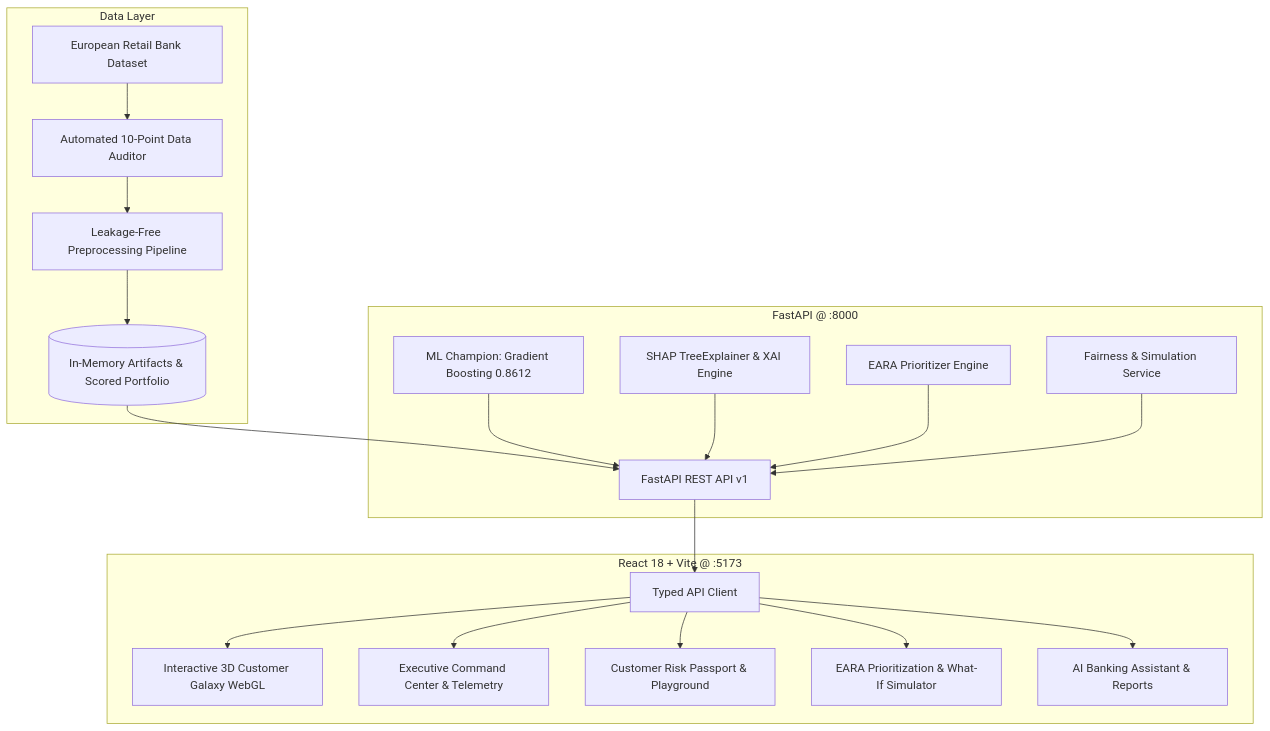
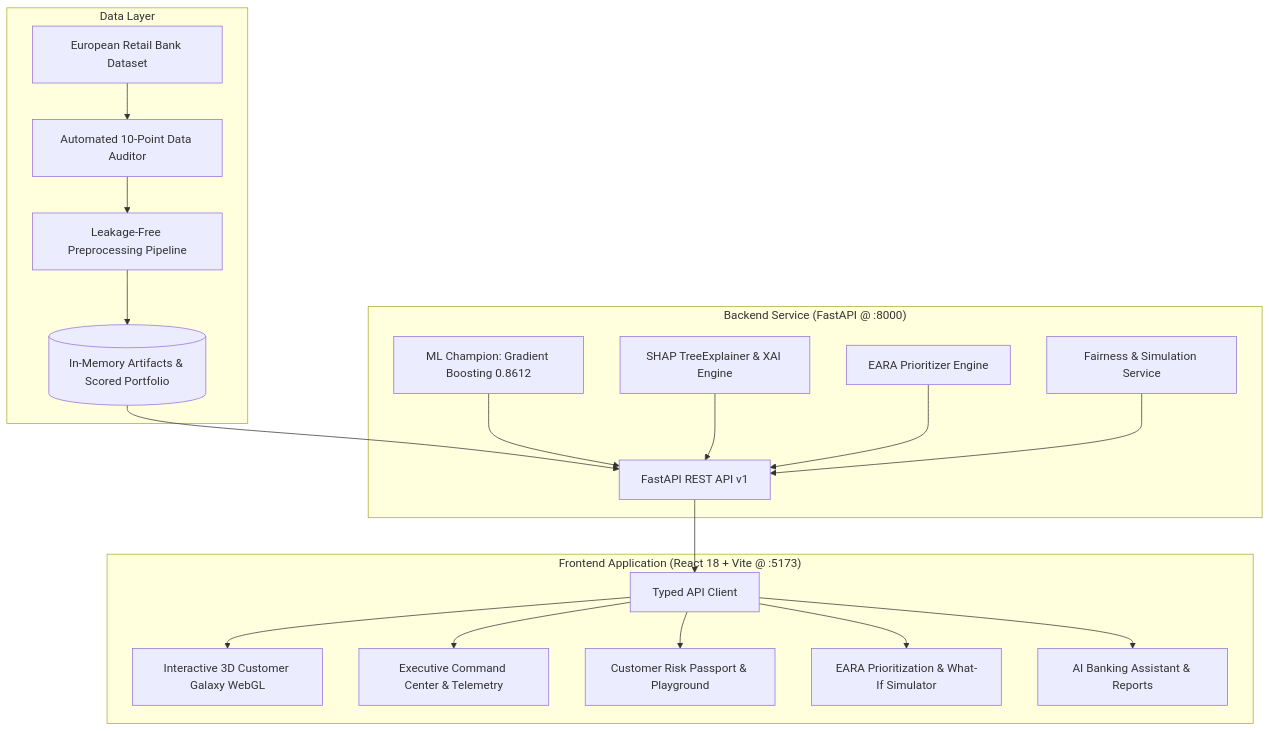
The diagram in README.md (pranavkokande60/BankSight-AI), drawn with Mermaid before and after one commit.

Commit message:
Optimize Mermaid diagram syntax for GitHub rendering

````diff
--- a/README.md
+++ b/README.md
@@ -97,25 +97,25 @@
 ```mermaid
 flowchart TD
-    subgraph Data Layer
-        A[European Retail Bank Dataset] --> B[Automated 10-Point Data Auditor]
-        B --> C[Leakage-Free Preprocessing Pipeline]
-        C --> D[(In-Memory Artifacts & Scored Portfolio)]
+    subgraph DataLayer ["Data Layer"]
+        A["European Retail Bank Dataset"] --> B["Automated 10-Point Data Auditor"]
+        B --> C["Leakage-Free Preprocessing Pipeline"]
+        C --> D[("In-Memory Artifacts & Scored Portfolio")]
     end
 
-    subgraph Backend Service [FastAPI @ :8000]
-        D --> E[FastAPI REST API v1]
-        F[ML Champion: Gradient Boosting 0.8612] --> E
-        G[SHAP TreeExplainer & XAI Engine] --> E
-        H[EARA Prioritizer Engine] --> E
-        I[Fairness & Simulation Service] --> E
+    subgraph BackendService ["Backend Service (FastAPI @ :8000)"]
+        D --> E["FastAPI REST API v1"]
+        F["ML Champion: Gradient Boosting 0.8612"] --> E
+        G["SHAP TreeExplainer & XAI Engine"] --> E
+        H["EARA Prioritizer Engine"] --> E
+        I["Fairness & Simulation Service"] --> E
     end
 
-    subgraph Frontend Application [React 18 + Vite @ :5173]
-        E --> J[Typed API Client]
-        J --> K[Interactive 3D Customer Galaxy WebGL]
-        J --> L[Executive Command Center & Telemetry]
-        J --> M[Customer Risk Passport & Playground]
-        J --> N[EARA Prioritization & What-If Simulator]
-        J --> O[AI Banking Assistant & Reports]
+    subgraph FrontendApp ["Frontend Application (React 18 + Vite @ :5173)"]
+        E --> J["Typed API Client"]
+        J --> K["Interactive 3D Customer Galaxy WebGL"]
+        J --> L["Executive Command Center & Telemetry"]
+        J --> M["Customer Risk Passport & Playground"]
+        J --> N["EARA Prioritization & What-If Simulator"]
+        J --> O["AI Banking Assistant & Reports"]
     end
 ```
````
